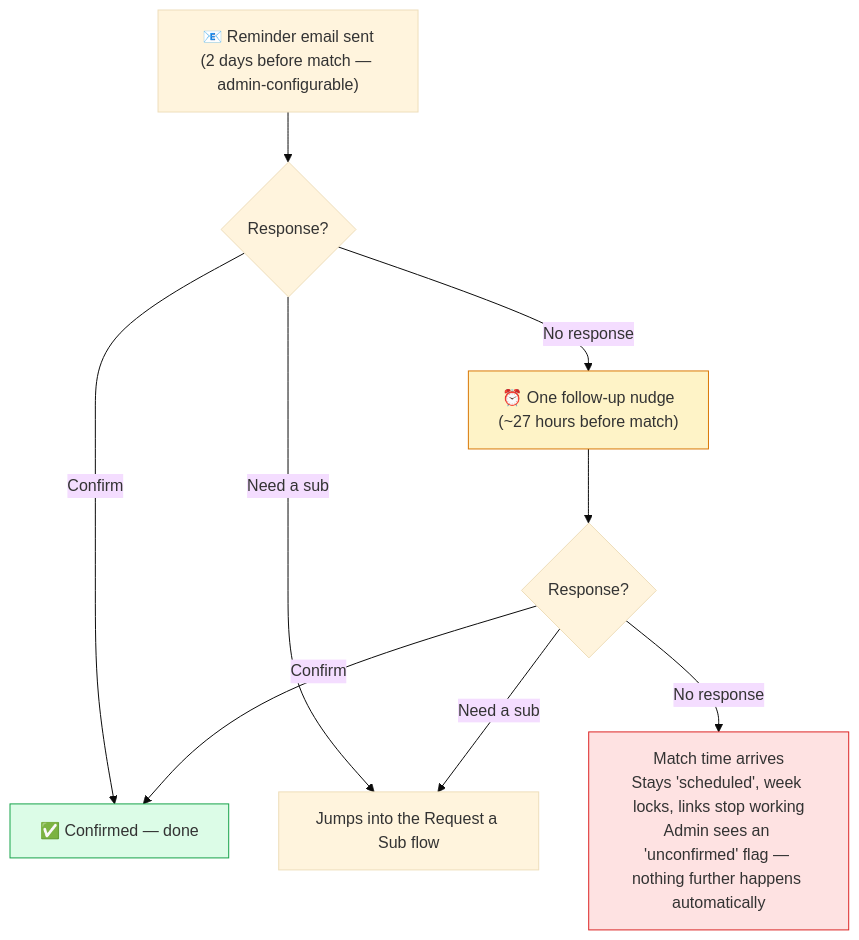
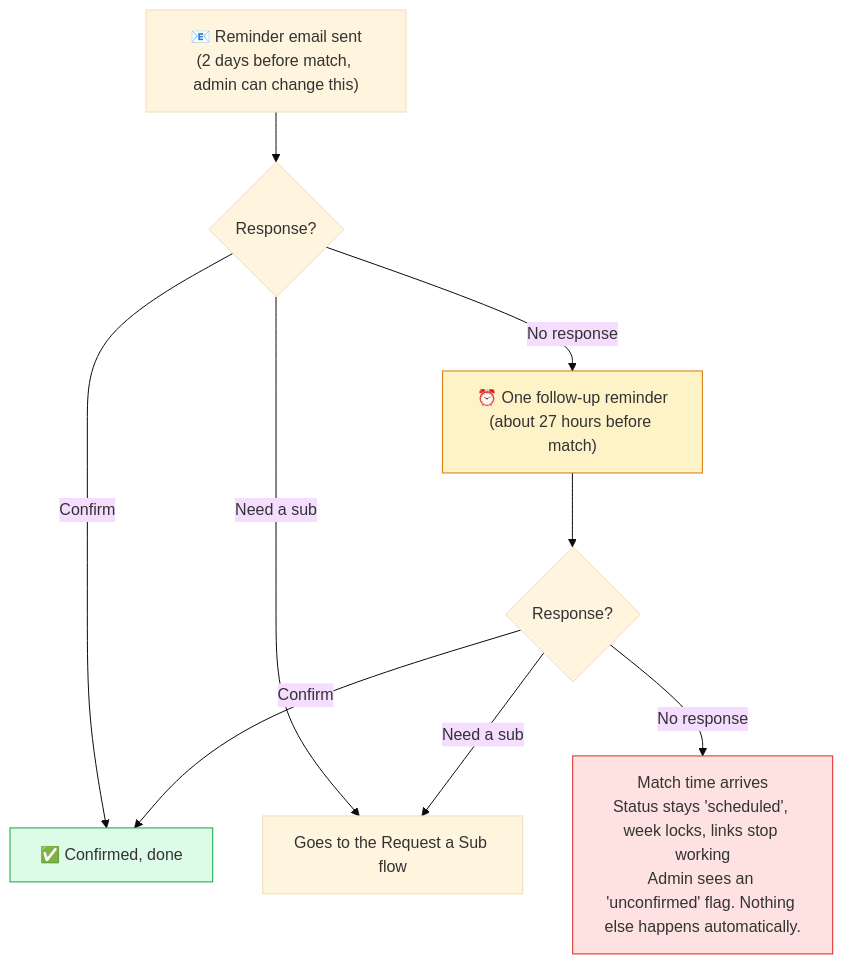
Before and after one commit to kylekrieg/tennis-scheduler: the first of 4 diagrams in README.md, drawn with Mermaid (base theme). The commit also changed other lines of this file and 2 other files, not shown here.

````diff
--- a/README.md
+++ b/README.md
@@ -148,15 +127,15 @@
 ```mermaid
 flowchart TD
-    A["📧 Reminder email sent<br/>(2 days before match — admin-configurable)"] --> B{"Response?"}
-    B -->|Confirm| C["✅ Confirmed — done"]
-    B -->|Need a sub| D[Jumps into the Request a Sub flow]
-    B -->|No response| E["⏰ One follow-up nudge<br/>(~27 hours before match)"]
+    A["📧 Reminder email sent<br/>(2 days before match, admin can change this)"] --> B{"Response?"}
+    B -->|Confirm| C["✅ Confirmed, done"]
+    B -->|Need a sub| D[Goes to the Request a Sub flow]
+    B -->|No response| E["⏰ One follow-up reminder<br/>(about 27 hours before match)"]
     E --> F{"Response?"}
     F -->|Confirm| C
     F -->|Need a sub| D
-    F -->|No response| G["Match time arrives<br/>Stays 'scheduled', week locks, links stop working<br/>Admin sees an 'unconfirmed' flag — nothing further happens automatically"]
+    F -->|No response| G["Match time arrives<br/>Status stays 'scheduled', week locks, links stop working<br/>Admin sees an 'unconfirmed' flag. Nothing else happens automatically."]
 
     style C fill:#dcfce7,stroke:#16a34a
     style G fill:#fee2e2,stroke:#dc2626
     style E fill:#fef3c7,stroke:#d97706
 ```
````
